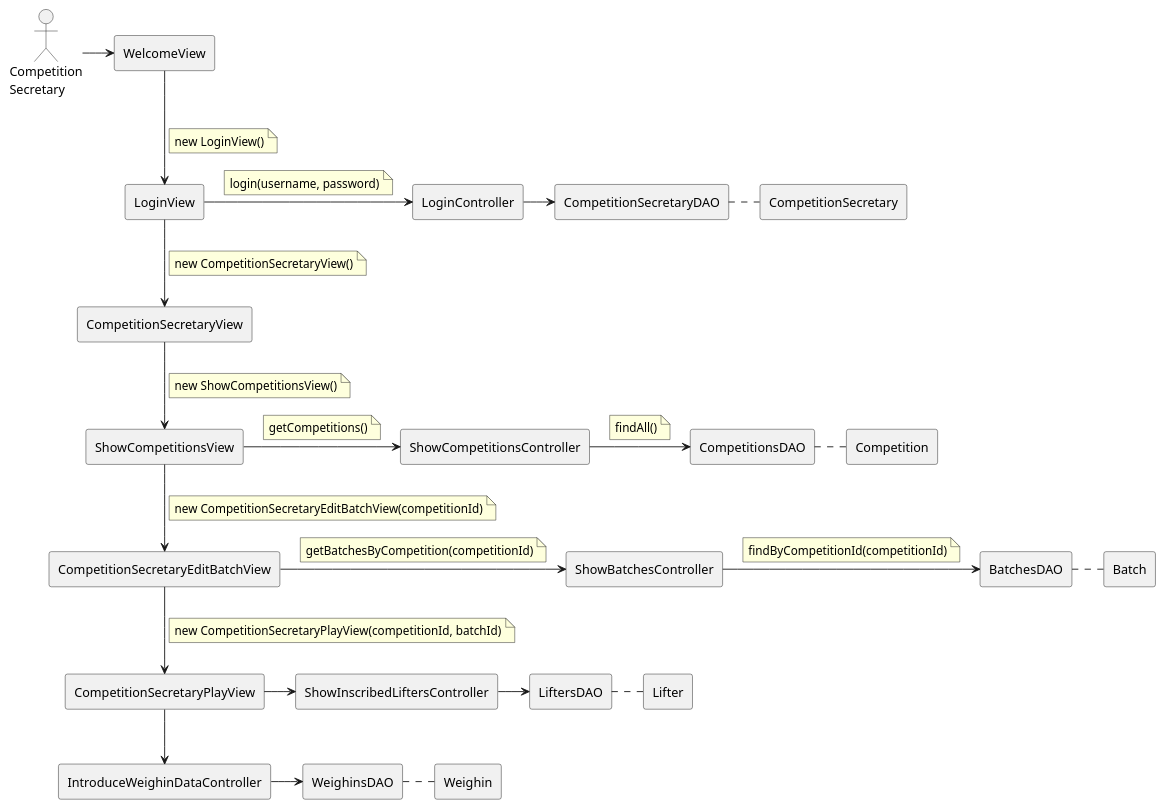
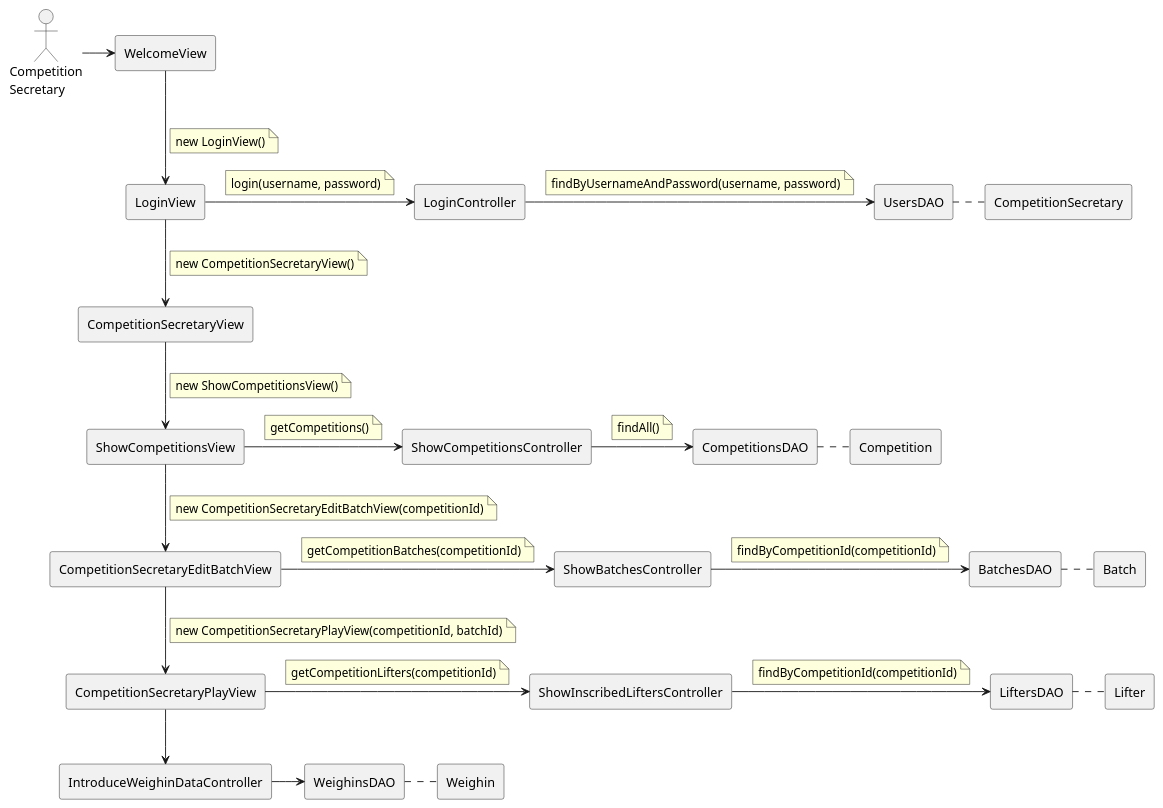
The diagram in documentation/diagrams/2_analysis/useCasesAnalysis/introduceWeighinData.puml (zuldare/mastercloud_pfm_halterocms), drawn with PlantUML before and after one commit.

```diff
--- a/documentation/diagrams/2_analysis/useCasesAnalysis/introduceWeighinData.puml
+++ b/documentation/diagrams/2_analysis/useCasesAnalysis/introduceWeighinData.puml
@@ -1,96 +1,108 @@
 @startuml
 actor user as "Competition\nSecretary"
 
 rectangle WelcomeView
 rectangle LoginView
 rectangle LoginController
-rectangle CompetitionSecretaryDAO
+rectangle UsersDAO
 rectangle CompetitionSecretary
 
 rectangle CompetitionSecretaryView
 rectangle ShowCompetitionsView
 rectangle ShowCompetitionsController
 rectangle CompetitionsDAO
 rectangle Competition
 
 rectangle CompetitionSecretaryEditBatchView
 rectangle ShowBatchesController
 rectangle BatchesDAO
 rectangle Batch
 
 rectangle CompetitionSecretaryPlayView
 rectangle ShowInscribedLiftersController
 rectangle LiftersDAO
 rectangle Lifter
 rectangle IntroduceWeighinDataController
 rectangle WeighinsDAO
 rectangle Weighin
 
 user -right-> WelcomeView
 
 WelcomeView --> LoginView
 note on link
   new LoginView()
 end note
 
 LoginView -right-> LoginController
 note on link
   login(username, password)
 end note
 
-LoginController -right-> CompetitionSecretaryDAO
-CompetitionSecretaryDAO .right. CompetitionSecretary
+LoginController -right-> UsersDAO
+note on link
+  findByUsernameAndPassword(username, password)
+end note
+
+UsersDAO .right. CompetitionSecretary
 
 LoginView --> CompetitionSecretaryView
 note on link
   new CompetitionSecretaryView()
 end note
 
 CompetitionSecretaryView --> ShowCompetitionsView
 note on link
   new ShowCompetitionsView()
 end note
 
 ShowCompetitionsView -right-> ShowCompetitionsController
 note on link
   getCompetitions()
 end note
 
 ShowCompetitionsController -right-> CompetitionsDAO
 note on link
   findAll()
 end note
 
 CompetitionsDAO .right. Competition
 
 ShowCompetitionsView --> CompetitionSecretaryEditBatchView
 note on link
   new CompetitionSecretaryEditBatchView(competitionId)
 end note
 
 CompetitionSecretaryEditBatchView -right-> ShowBatchesController
 note on link
-  getBatchesByCompetition(competitionId)
+  getCompetitionBatches(competitionId)
 end note
 
 ShowBatchesController -right-> BatchesDAO
 note on link
   findByCompetitionId(competitionId)
 end note
 
 BatchesDAO .right. Batch
 
 CompetitionSecretaryEditBatchView --> CompetitionSecretaryPlayView
 note on link
   new CompetitionSecretaryPlayView(competitionId, batchId)
 end note
 
 CompetitionSecretaryPlayView -right-> ShowInscribedLiftersController
+note on link
+  getCompetitionLifters(competitionId)
+end note
+
 ShowInscribedLiftersController -right-> LiftersDAO
+note on link
+  findByCompetitionId(competitionId)
+end note
+
 LiftersDAO .right. Lifter
 
 CompetitionSecretaryPlayView --> IntroduceWeighinDataController
 IntroduceWeighinDataController -right-> WeighinsDAO
 WeighinsDAO .right. Weighin
 
 @enduml
```
